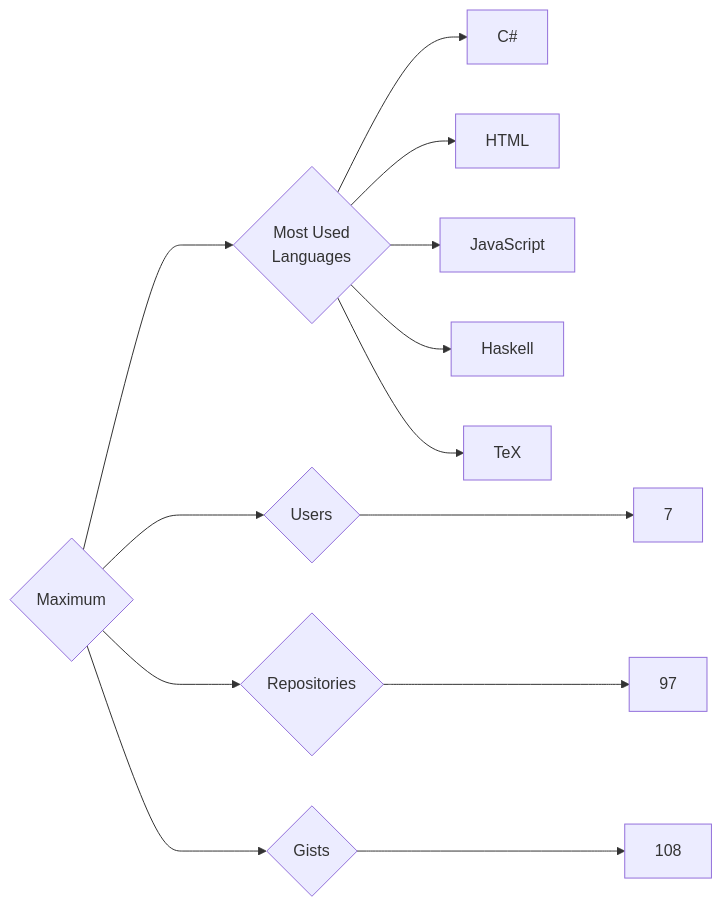
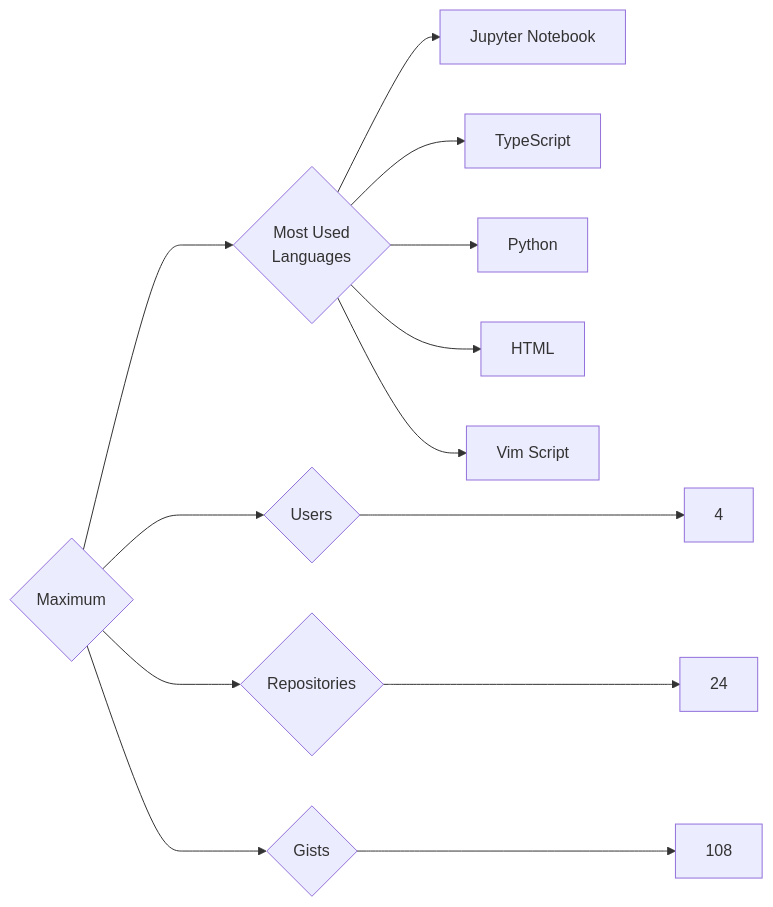
The diagram in targets/Maximum/README.md (trickest/insiders), drawn with Mermaid before and after one commit. The commit also changed 1484 other files, not shown here.

````diff
--- a/targets/Maximum/README.md
+++ b/targets/Maximum/README.md
@@ -3,13 +3,13 @@
 ```mermaid
 graph LR
 COMPANY_NAME{Maximum}
-COMPANY_NAME ---> U{Users} ---> UN[7]
-COMPANY_NAME ---> R{Repositories} ---> RN[97]
+COMPANY_NAME ---> U{Users} ---> UN[4]
+COMPANY_NAME ---> R{Repositories} ---> RN[24]
 COMPANY_NAME ---> G{Gists} ---> GN[108]
 COMPANY_NAME ---> ML{Most Used<br>Languages}
-ML --> C#[C#]
+ML --> Jupyter_Notebook[Jupyter Notebook]
+ML --> TypeScript[TypeScript]
+ML --> Python[Python]
 ML --> HTML[HTML]
-ML --> JavaScript[JavaScript]
-ML --> Haskell[Haskell]
-ML --> TeX[TeX]
+ML --> Vim_Script[Vim Script]
 ```
````
